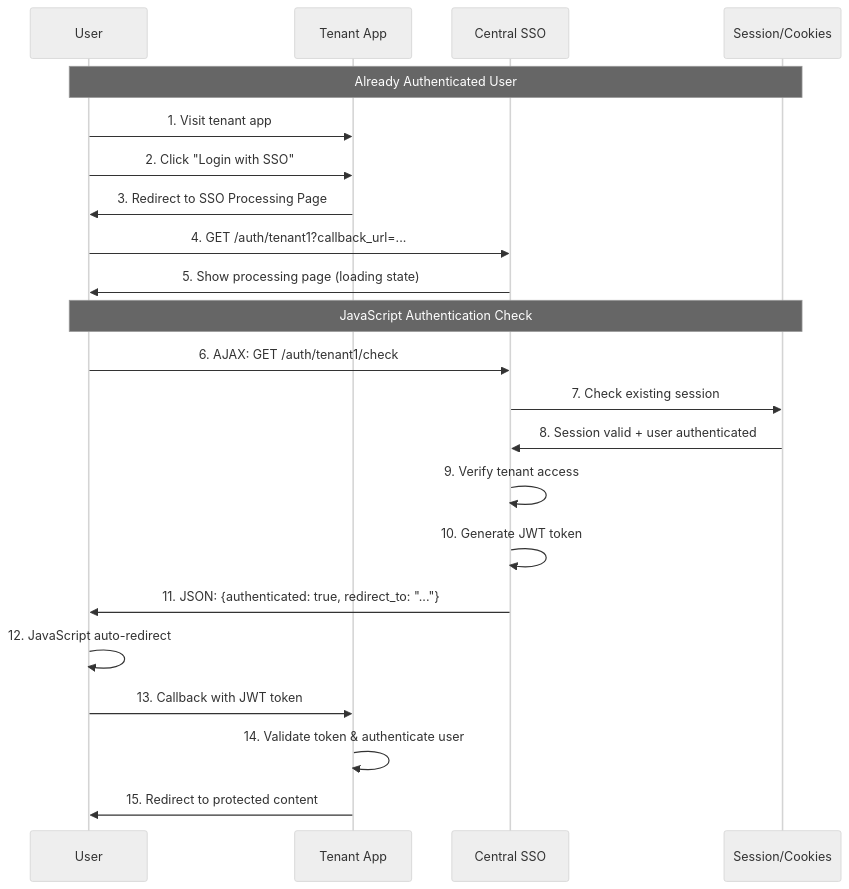
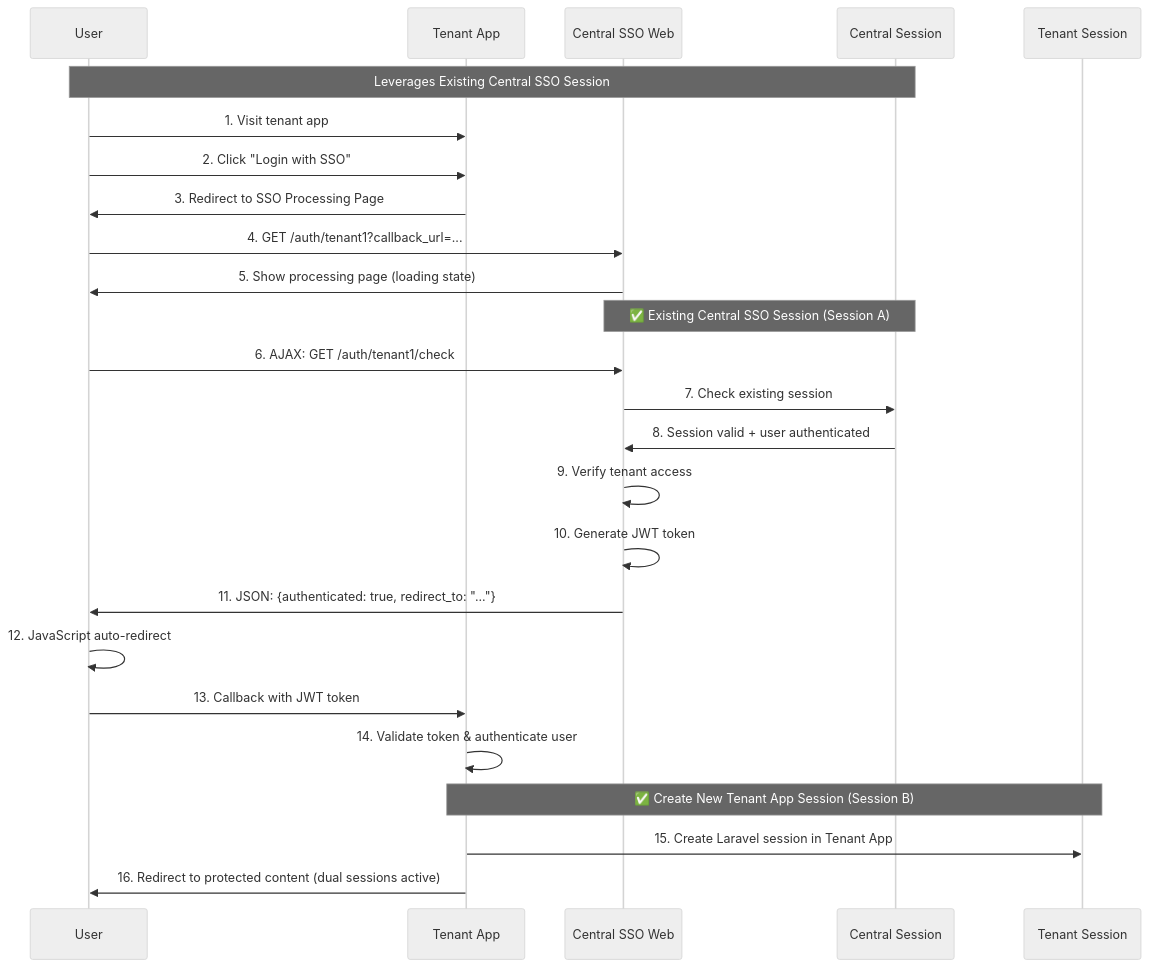
One commit to hi-dil/SSO-POC changed the first of 3 diagrams in docs/architecture/authentication.md. Above: the diagram before and after it, drawn with Mermaid (neutral theme). The commit also changed other lines of this file, not shown here.

Commit message:
update authentication docs

````diff
--- a/docs/architecture/authentication.md
+++ b/docs/architecture/authentication.md
@@ -64,26 +66,30 @@
 ```mermaid
 sequenceDiagram
     participant U as User
     participant T as Tenant App
-    participant SSO as Central SSO
-    participant S as Session/Cookies
+    participant SSO as Central SSO Web
+    participant CS as Central Session
+    participant TS as Tenant Session
     
-    Note over U,S: Already Authenticated User
+    Note over U,CS: Leverages Existing Central SSO Session
     U->>T: 1. Visit tenant app
     U->>T: 2. Click "Login with SSO"
     T->>U: 3. Redirect to SSO Processing Page
     U->>SSO: 4. GET /auth/tenant1?callback_url=...
     SSO->>U: 5. Show processing page (loading state)
     
-    Note over U,S: JavaScript Authentication Check
+    Note over SSO,CS: ✅ Existing Central SSO Session (Session A)
     U->>SSO: 6. AJAX: GET /auth/tenant1/check
-    SSO->>S: 7. Check existing session
-    S->>SSO: 8. Session valid + user authenticated
+    SSO->>CS: 7. Check existing session
+    CS->>SSO: 8. Session valid + user authenticated
     SSO->>SSO: 9. Verify tenant access
     SSO->>SSO: 10. Generate JWT token
     SSO->>U: 11. JSON: {authenticated: true, redirect_to: "..."}
     U->>U: 12. JavaScript auto-redirect
     U->>T: 13. Callback with JWT token
     T->>T: 14. Validate token & authenticate user
-    T->>U: 15. Redirect to protected content
+    
+    Note over T,TS: ✅ Create New Tenant App Session (Session B)
+    T->>TS: 15. Create Laravel session in Tenant App
+    T->>U: 16. Redirect to protected content (dual sessions active)
 ```
````
